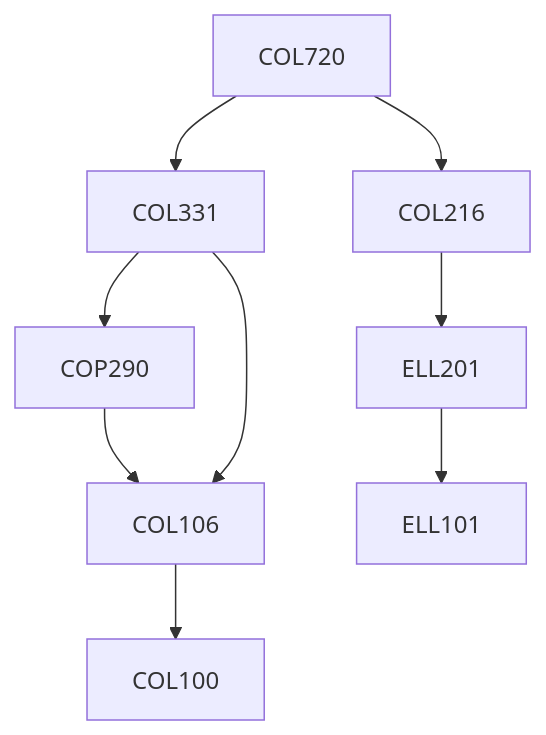
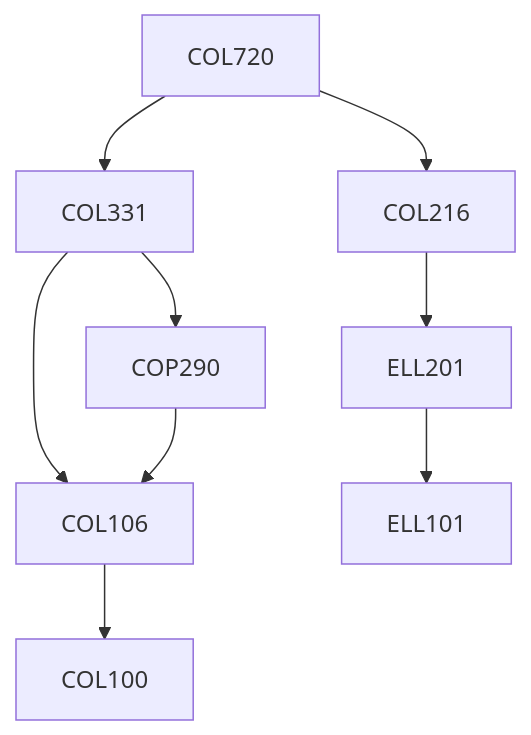
Before and after one commit to KeshavBansal0122/CoS_Website: the diagram in content/Computer Science and Engineering/COL720.md, drawn with Mermaid. The commit also changed other lines of this file and 2662 other files, not shown here.

````diff
--- a/content/Computer Science and Engineering/COL720.md
+++ b/content/Computer Science and Engineering/COL720.md
@@ -13,15 +13,15 @@
 ```mermaid
 flowchart TD
 COL720-196[COL720]
-COL720-196 --> COL216-196[COL216]
+COL331-196 --> COL106-196[COL106]
 COP290-196 --> COL106-196[COL106]
+COL720-196 --> COL331-196[COL331]
+COL216-196 --> ELL201-196[ELL201]
+ELL201-196 --> ELL101-196[ELL101]
 COL106-196 --> COL100-196[COL100]
 COL331-196 --> COP290-196[COP290]
-COL720-196 --> COL331-196[COL331]
-COL216-196 --> ELL201-196[ELL201]
-COL331-196 --> COL106-196[COL106]
-ELL201-196 --> ELL101-196[ELL101]
+COL720-196 --> COL216-196[COL216]
 
 classDef empty height:17px, fill:transparent, stroke:transparent;
 classDef trueEmpty height:0px, width:0px;
 ```
````
